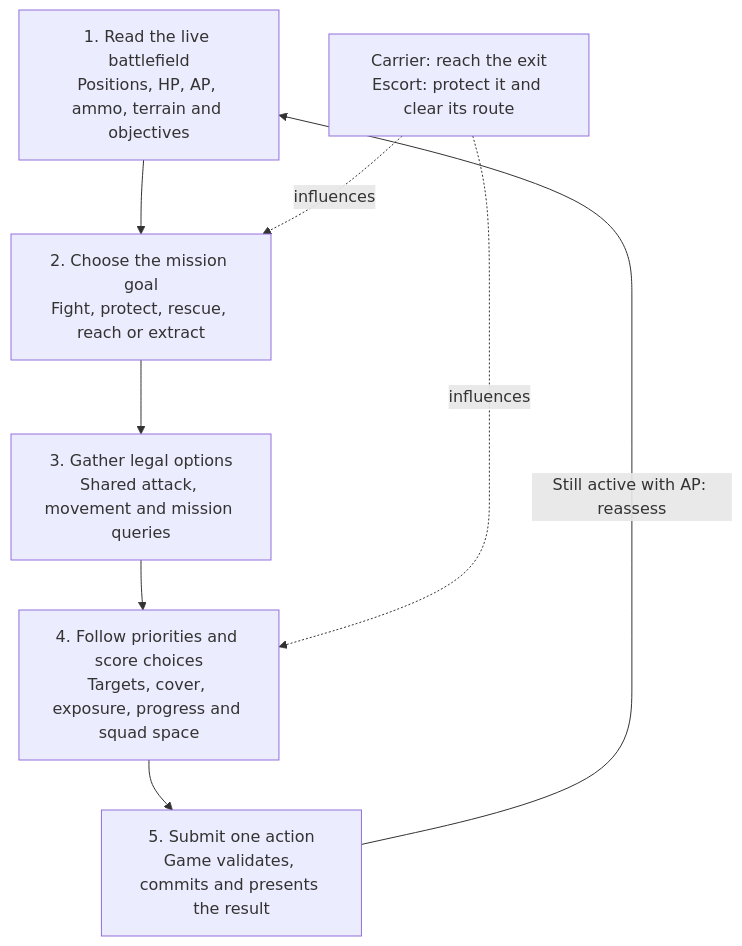
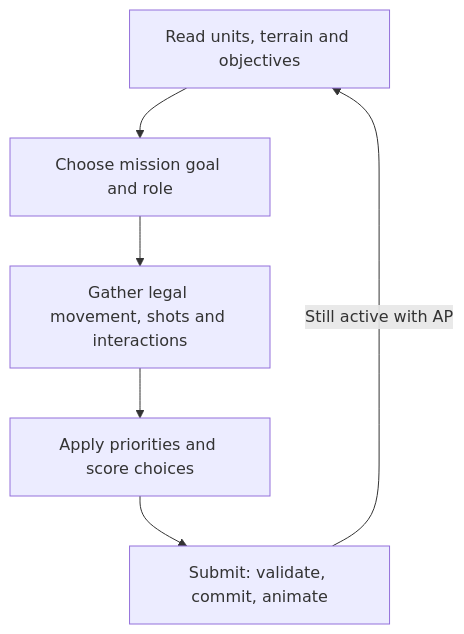
The diagram in docs/ai-current-behavior.md (Melo9002/fusefire-proving-grounds), drawn with Mermaid before and after one commit. The commit also changed other lines of this file and 31 other files, not shown here.

````diff
--- a/docs/ai-current-behavior.md
+++ b/docs/ai-current-behavior.md
@@ -9,13 +5,8 @@
 ```mermaid
 flowchart TD
-    A["1. Read the live battlefield<br/>Positions, HP, AP, ammo, terrain and objectives"]
-    B["2. Choose the mission goal<br/>Fight, protect, rescue, reach or extract"]
-    C["3. Gather legal options<br/>Shared attack, movement and mission queries"]
-    D["4. Follow priorities and score choices<br/>Targets, cover, exposure, progress and squad space"]
-    E["5. Submit one action<br/>Game validates, commits and presents the result"]
-    R["Carrier: reach the exit<br/>Escort: protect it and clear its route"]
-    A --> B --> C --> D --> E
-    R -. influences .-> B
-    R -. influences .-> D
-    E -->|Still active with AP: reassess| A
+    A["Read units, terrain and objectives"] --> B["Choose mission goal and role"]
+    B --> C["Gather legal movement, shots and interactions"]
+    C --> D["Apply priorities and score choices"]
+    D --> E["Submit: validate, commit, animate"]
+    E -->|Still active with AP| A
 ```
````
